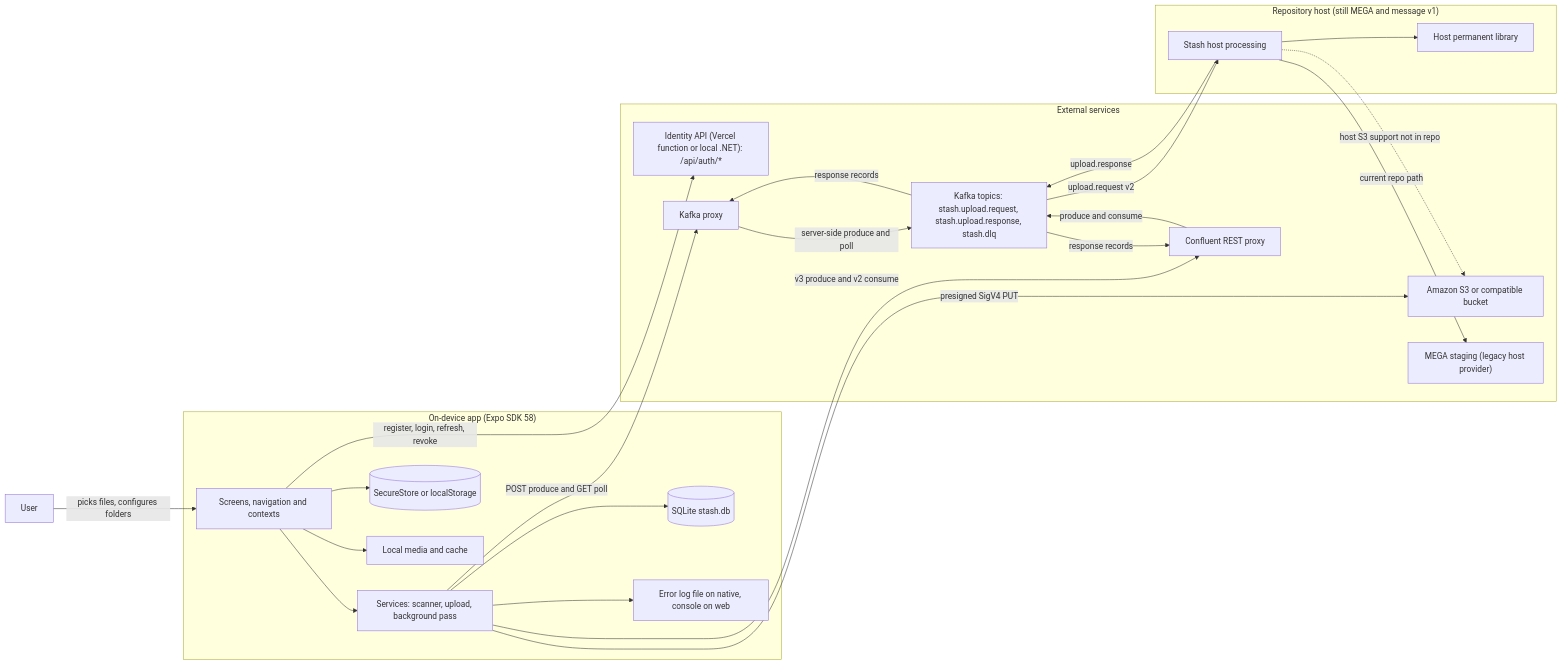
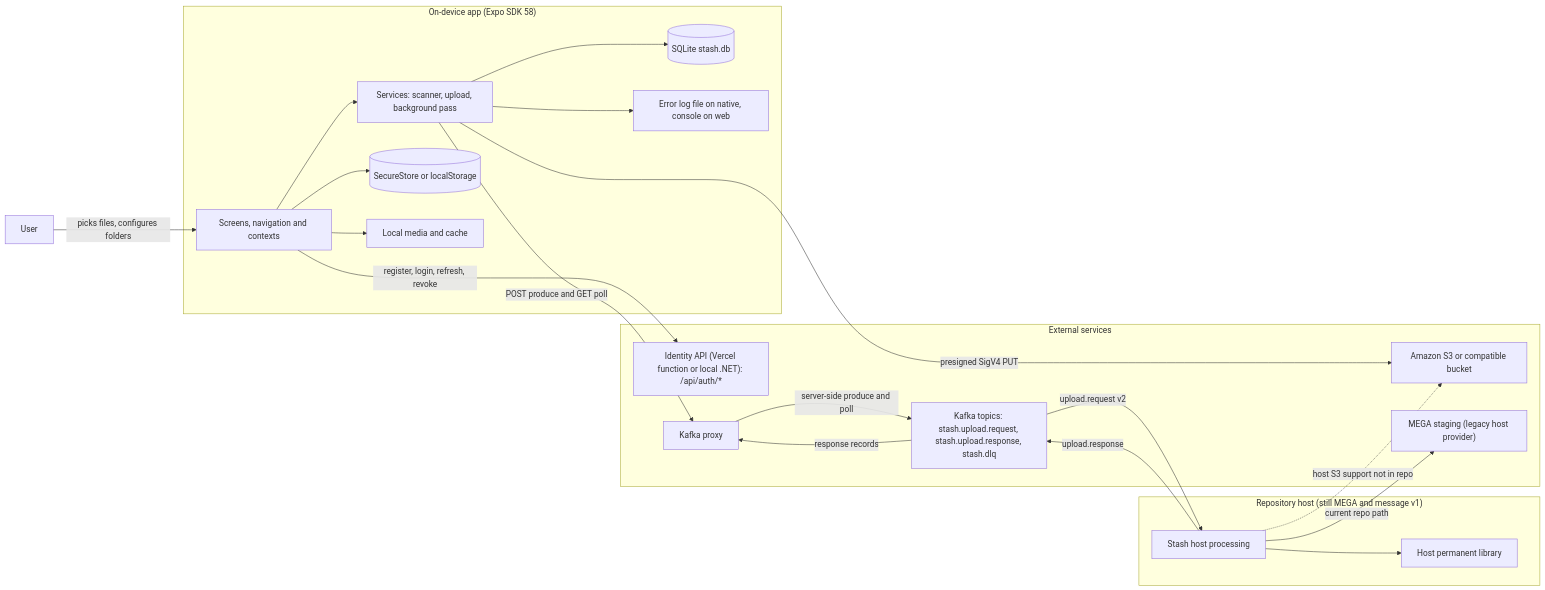
The first of 10 diagrams in Stash/react_native_stash/docs/ARCHITECTURE.md (himadriHK/Stash), drawn with Mermaid before and after one commit. The commit also changed other lines of this file and 85 other files, not shown here.

````diff
--- a/Stash/react_native_stash/docs/ARCHITECTURE.md
+++ b/Stash/react_native_stash/docs/ARCHITECTURE.md
@@ -58,47 +58,43 @@
 ```mermaid
 flowchart LR
     User["User"]
 
     subgraph Local["On-device app (Expo SDK 58)"]
         UI["Screens, navigation and contexts"]
         Svc["Services: scanner, upload, background pass"]
         DB[("SQLite stash.db")]
         Secure[("SecureStore or localStorage")]
         ErrLog["Error log file on native, console on web"]
         Media["Local media and cache"]
     end
 
     subgraph External["External services"]
         Identity["Identity API (Vercel function or local .NET): /api/auth/*"]
         S3["Amazon S3 or compatible bucket"]
         Proxy["Kafka proxy"]
-        Rest["Confluent REST proxy"]
         Topics["Kafka topics: stash.upload.request, stash.upload.response, stash.dlq"]
         Mega["MEGA staging (legacy host provider)"]
     end
 
     subgraph HostSide["Repository host (still MEGA and message v1)"]
         Host["Stash host processing"]
         Library["Host permanent library"]
     end
 
     User -->|"picks files, configures folders"| UI
     UI --> Media
     UI --> Svc
     Svc --> DB
     UI --> Secure
     Svc --> ErrLog
     UI -->|"register, login, refresh, revoke"| Identity
     Svc -->|"presigned SigV4 PUT"| S3
     Svc -->|"POST produce and GET poll"| Proxy
-    Svc -->|"v3 produce and v2 consume"| Rest
     Proxy -->|"server-side produce and poll"| Topics
-    Rest -->|"produce and consume"| Topics
     Topics -->|"upload.request v2"| Host
     Host -->|"upload.response"| Topics
     Topics -->|"response records"| Proxy
-    Topics -->|"response records"| Rest
     Host -->|"current repo path"| Mega
     Host --> Library
     Host -.->|"host S3 support not in repo"| S3
 ```
````
